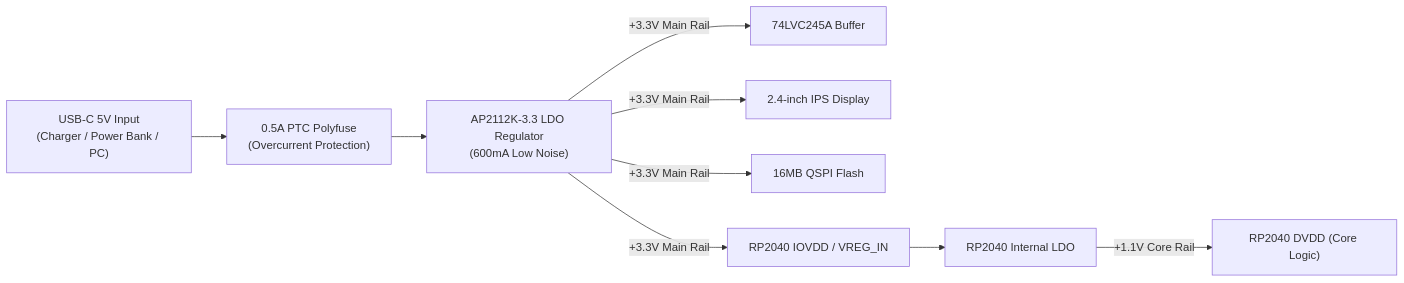
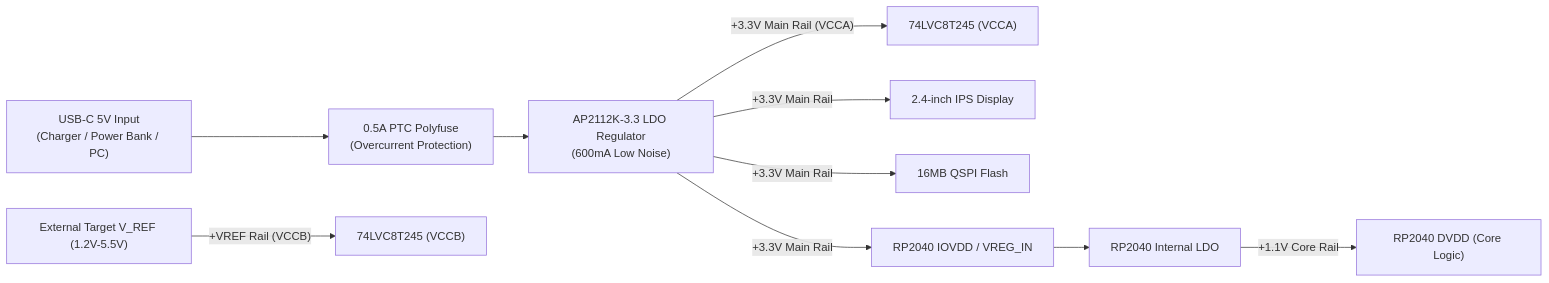
Before and after one commit to anaswarramesh/RP2040_Logic_Analyzer: the second of 2 diagrams in README.md, drawn with Mermaid. The commit also changed other lines of this file and 3 other files, not shown here.

Commit message:
Apply critical engineering fixes: 74LVC8T245 dual-rail level shifter, 12-pin probe header with VREF, 22R LCD damping, and SRAM bank isolation

````diff
--- a/README.md
+++ b/README.md
@@ -67,13 +64,15 @@
 ```mermaid
 flowchart LR
     USB_IN["USB-C 5V Input<br/>(Charger / Power Bank / PC)"] --> FUSE["0.5A PTC Polyfuse<br/>(Overcurrent Protection)"]
     FUSE --> LDO["AP2112K-3.3 LDO Regulator<br/>(600mA Low Noise)"]
     
-    LDO -->|"+3.3V Main Rail"| BUFFER["74LVC245A Buffer"]
+    LDO -->|"+3.3V Main Rail (VCCA)"| BUFFER["74LVC8T245 (VCCA)"]
     LDO -->|"+3.3V Main Rail"| LCD["2.4-inch IPS Display"]
     LDO -->|"+3.3V Main Rail"| FLASH["16MB QSPI Flash"]
     LDO -->|"+3.3V Main Rail"| MCU_IO["RP2040 IOVDD / VREG_IN"]
     
+    TARGET_VREF["External Target V_REF (1.2V-5.5V)"] -->|"+VREF Rail (VCCB)"| BUFFER_VCCB["74LVC8T245 (VCCB)"]
+    
     MCU_IO --> MCU_INT_LDO["RP2040 Internal LDO"]
     MCU_INT_LDO -->|"+1.1V Core Rail"| MCU_CORE["RP2040 DVDD (Core Logic)"]
 ```
````
